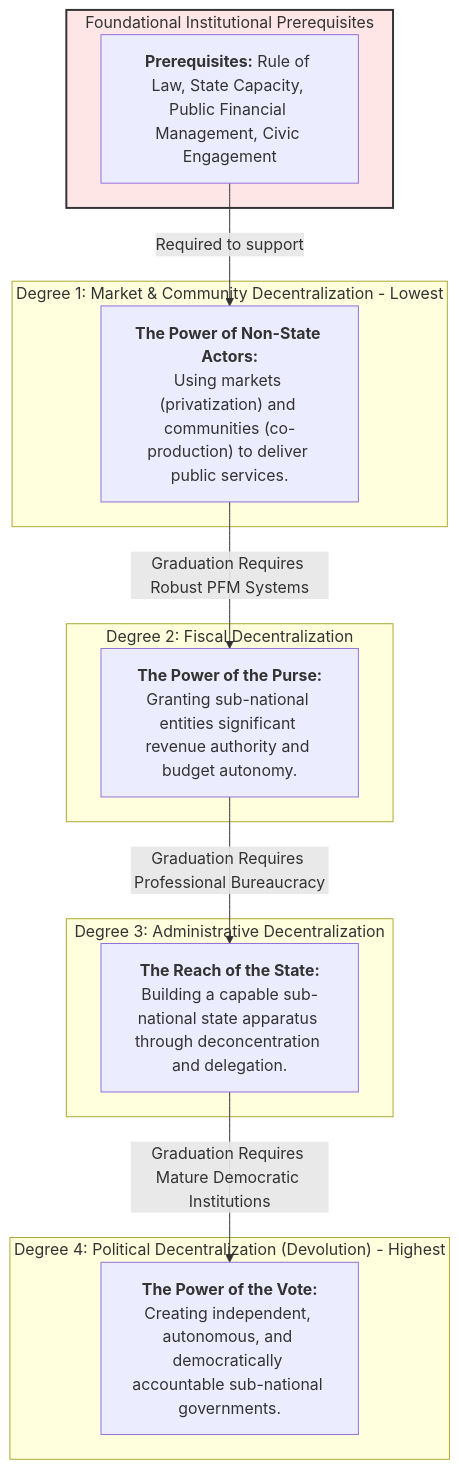
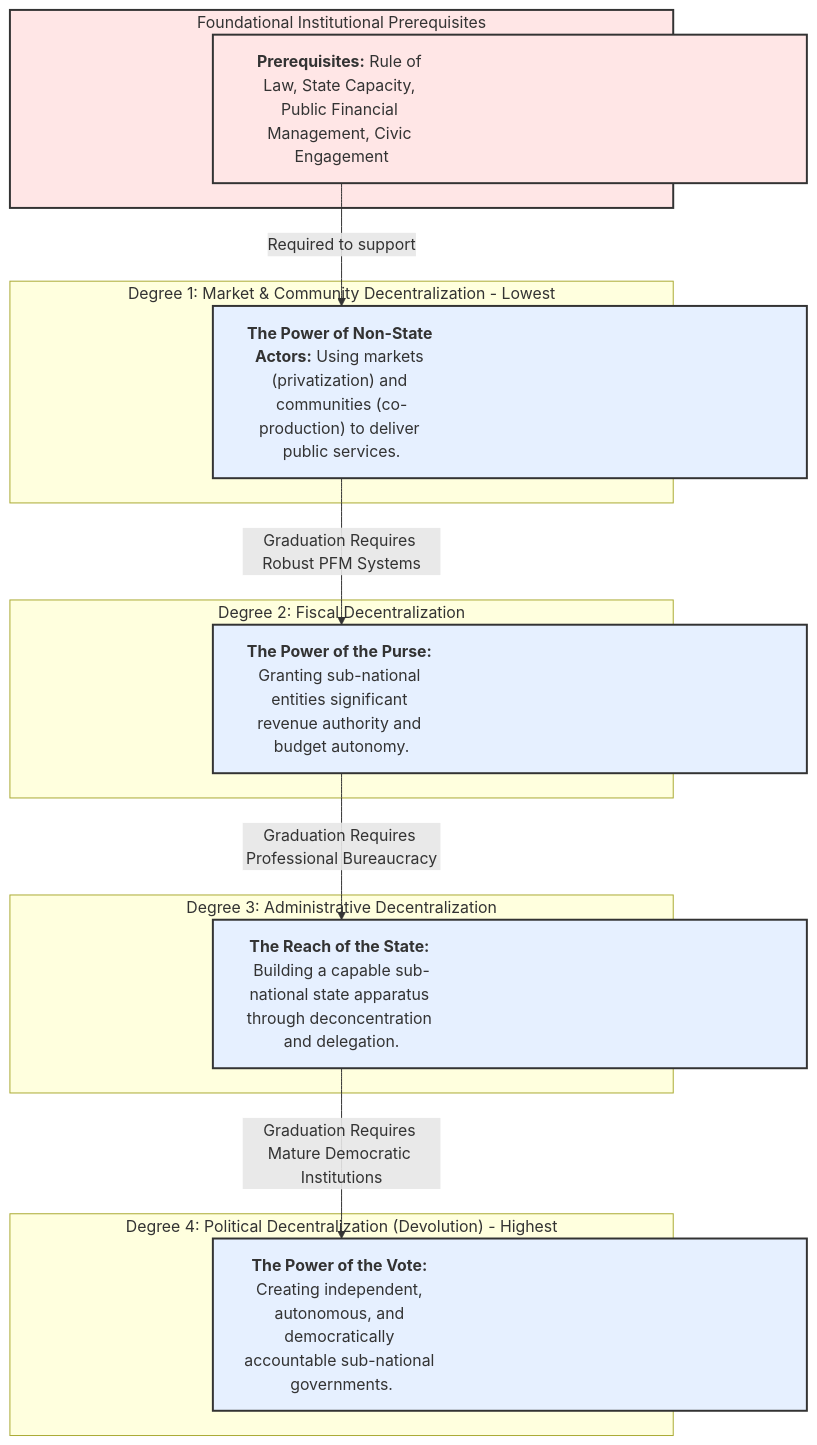
The diagram in 2.1.md (Aboutorabi/2.1.md), drawn with Mermaid before and after one commit.

````diff
--- a/2.1.md
+++ b/2.1.md
@@ -1,37 +1,45 @@
 ```mermaid
 graph TD
     %% Degree 4
     subgraph G4["Degree 4: Political Decentralization (Devolution) - Highest"]
-        D4["<b>The Power of the Vote:</b><br>Creating independent, autonomous, and democratically accountable sub-national governments."]
+        D4["<b>The Power of the Vote:</b> Creating independent, autonomous, and democratically accountable sub-national governments."]
     end
 
     %% Degree 3
     subgraph G3["Degree 3: Administrative Decentralization"]
-        D3["<b>The Reach of the State:</b><br>Building a capable sub-national state apparatus through deconcentration and delegation."]
+        D3["<b>The Reach of the State:</b> Building a capable sub-national state apparatus through deconcentration and delegation."]
     end
 
     %% Degree 2
     subgraph G2["Degree 2: Fiscal Decentralization"]
-        D2["<b>The Power of the Purse:</b><br>Granting sub-national entities significant revenue authority and budget autonomy."]
+        D2["<b>The Power of the Purse:</b> Granting sub-national entities significant revenue authority and budget autonomy."]
     end
 
     %% Degree 1
     subgraph G1["Degree 1: Market & Community Decentralization - Lowest"]
-        D1["<b>The Power of Non-State Actors:</b><br>Using markets (privatization) and communities (co-production) to deliver public services."]
+        D1["<b>The Power of Non-State Actors:</b> Using markets (privatization) and communities (co-production) to deliver public services."]
     end
     
     %% Foundational prerequisites
     subgraph GF["Foundational Institutional Prerequisites"]
         F["<b>Prerequisites:</b> Rule of Law, State Capacity, Public Financial Management, Civic Engagement"]
     end
 
-    %% Connections (between nodes, not subgraph labels)
+    %% Connections
     F -->|Required to support| D1
     D1 -->|Graduation Requires Robust PFM Systems| D2
     D2 -->|Graduation Requires Professional Bureaucracy| D3
     D3 -->|Graduation Requires Mature Democratic Institutions| D4
 
-    %% Style only the prerequisite box differently (pink)
+    %% Style prerequisite box pink
     style GF fill:#ffe6e6,stroke:#333,stroke-width:2px
 
+    %% Style blue boxes wider so text fits one line
+    style D1 width:600px,fill:#e6f0ff,stroke:#333,stroke-width:2px
+    style D2 width:600px,fill:#e6f0ff,stroke:#333,stroke-width:2px
+    style D3 width:600px,fill:#e6f0ff,stroke:#333,stroke-width:2px
+    style D4 width:600px,fill:#e6f0ff,stroke:#333,stroke-width:2px
+    style F  width:600px,fill:#ffe6e6,stroke:#333,stroke-width:2px
+
+
 ```
````
